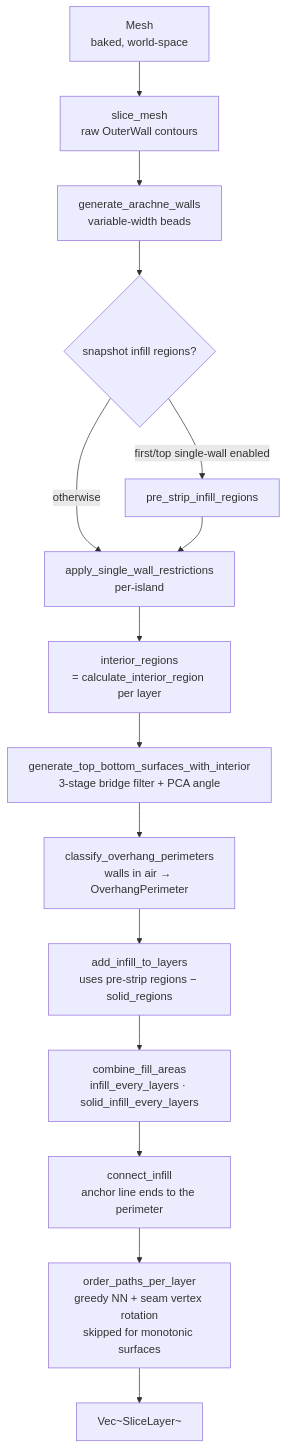
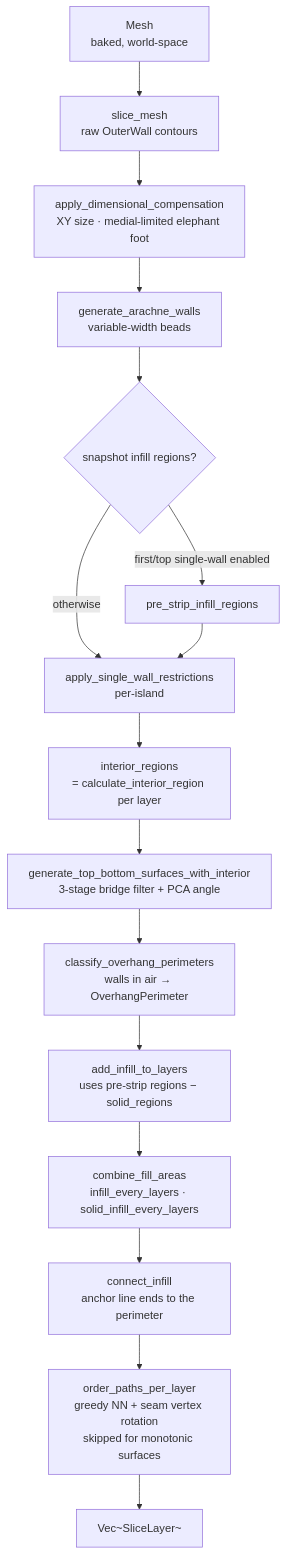
One commit to ColdCrabby/slicer changed the second of 3 diagrams in src/core/README.md. Above: the diagram before and after it, drawn with Mermaid. The commit also changed other lines of this file and 16 other files, not shown here.

````diff
--- a/src/core/README.md
+++ b/src/core/README.md
@@ -102,17 +102,18 @@
 ```mermaid
 flowchart TD
     M[Mesh<br/>baked, world-space] --> S1[slice_mesh<br/>raw OuterWall contours]
-    S1 --> S2[generate_arachne_walls<br/>variable-width beads]
+    S1 --> DC[apply_dimensional_compensation<br/>XY size · medial-limited elephant foot]
+    DC --> S2[generate_arachne_walls<br/>variable-width beads]
     S2 --> S3{snapshot infill regions?}
     S3 -->|first/top single-wall enabled| SN[pre_strip_infill_regions]
     S3 -->|otherwise| W
     SN --> W[apply_single_wall_restrictions<br/>per-island]
     W --> I[interior_regions<br/>= calculate_interior_region per layer]
     I --> SF[generate_top_bottom_surfaces_with_interior<br/>3-stage bridge filter + PCA angle]
     SF --> OV[classify_overhang_perimeters<br/>walls in air → OverhangPerimeter]
     OV --> IN[add_infill_to_layers<br/>uses pre-strip regions − solid_regions]
     IN --> CB[combine_fill_areas<br/>infill_every_layers · solid_infill_every_layers]
     CB --> AN[connect_infill<br/>anchor line ends to the perimeter]
     AN --> ORD[order_paths_per_layer<br/>greedy NN + seam vertex rotation<br/>skipped for monotonic surfaces]
     ORD --> L[Vec~SliceLayer~]
 ```
````
